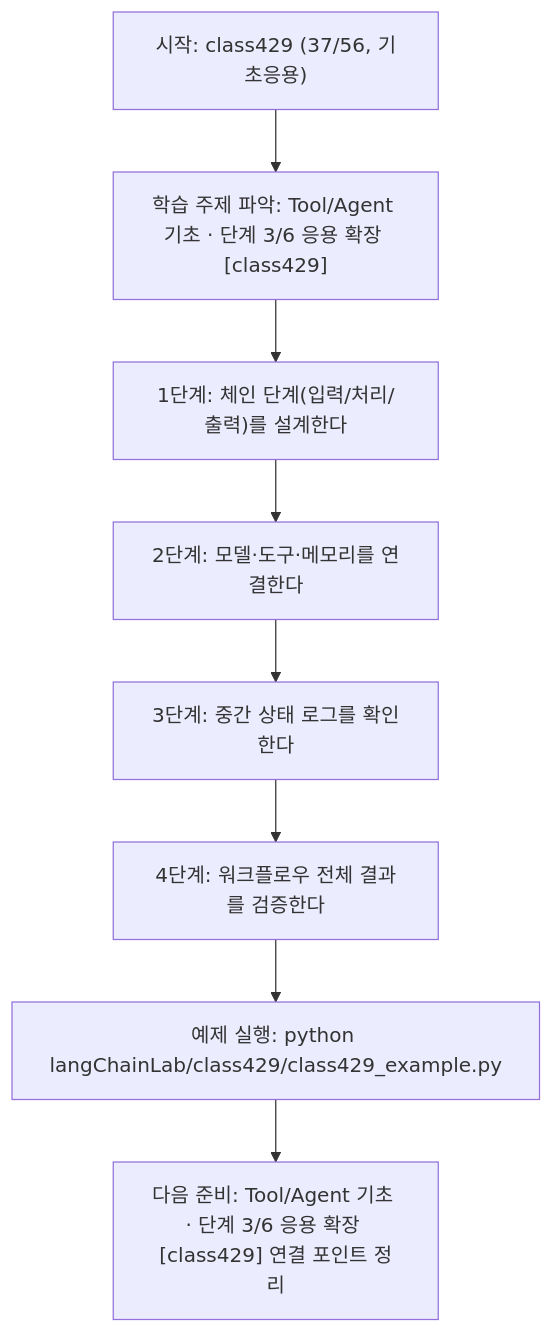
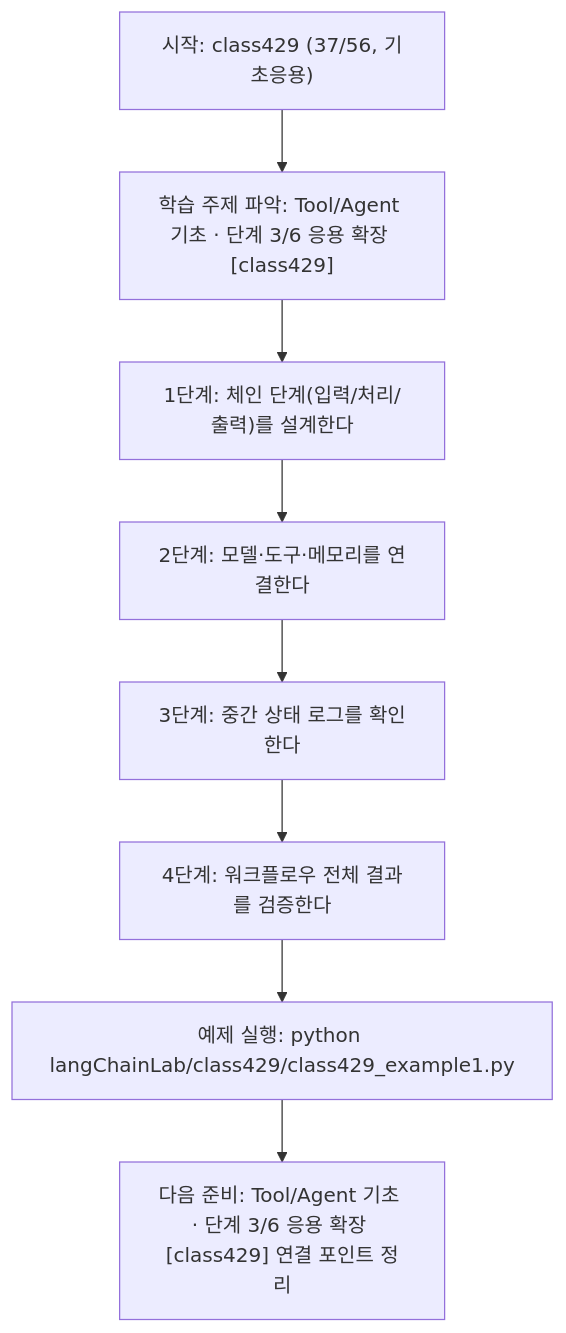
Before and after one commit to edumgt/Python-AI_Agent-Class: the diagram in langChainLab/class429/class429.md, drawn with Mermaid. The commit also changed other lines of this file and 2959 other files, not shown here.

````diff
--- a/langChainLab/class429/class429.md
+++ b/langChainLab/class429/class429.md
@@ -110,18 +110,18 @@
 ```mermaid
 flowchart TD
 N1["시작: class429 (37/56, 기초응용)"]
 N2["학습 주제 파악: Tool/Agent 기초 · 단계 3/6 응용 확장 [class429]"]
 N3["1단계: 체인 단계(입력/처리/출력)를 설계한다"]
 N4["2단계: 모델·도구·메모리를 연결한다"]
 N5["3단계: 중간 상태 로그를 확인한다"]
 N6["4단계: 워크플로우 전체 결과를 검증한다"]
-N7["예제 실행: python langChainLab/class429/class429_example.py"]
+N7["예제 실행: python langChainLab/class429/class429_example1.py"]
 N8["다음 준비: Tool/Agent 기초 · 단계 3/6 응용 확장 [class429] 연결 포인트 정리"]
 N1 --> N2
 N2 --> N3
 N3 --> N4
 N4 --> N5
 N5 --> N6
 N6 --> N7
 N7 --> N8
 ```
````
